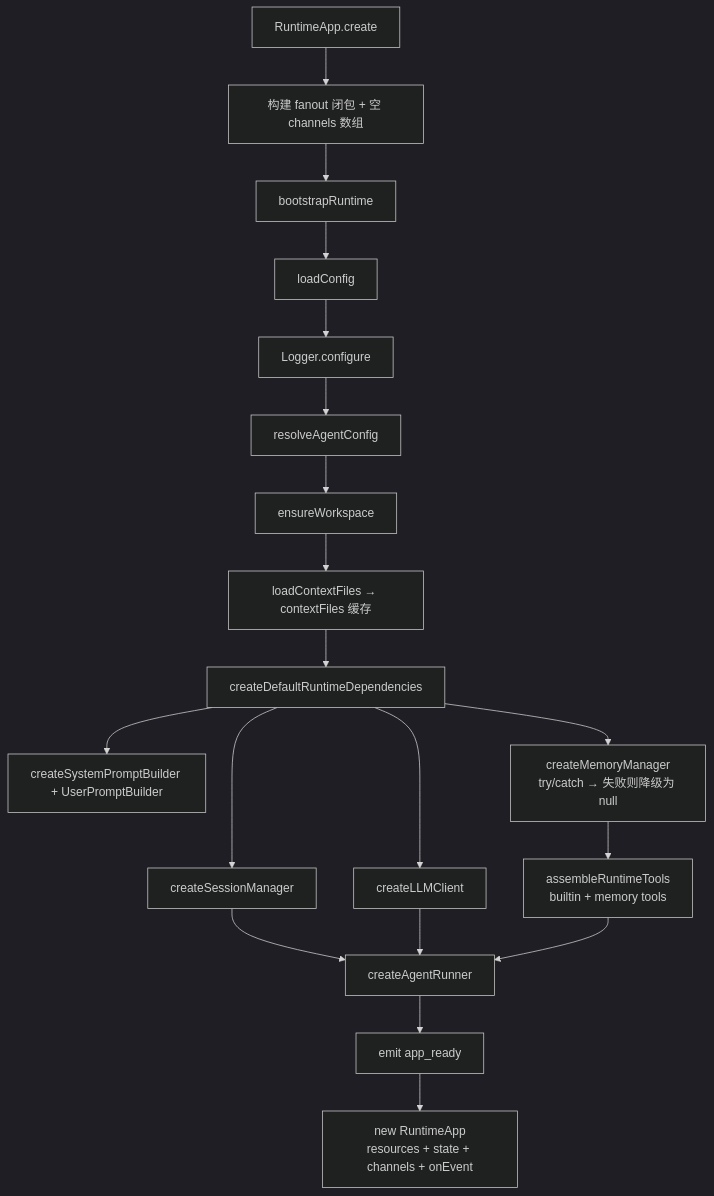
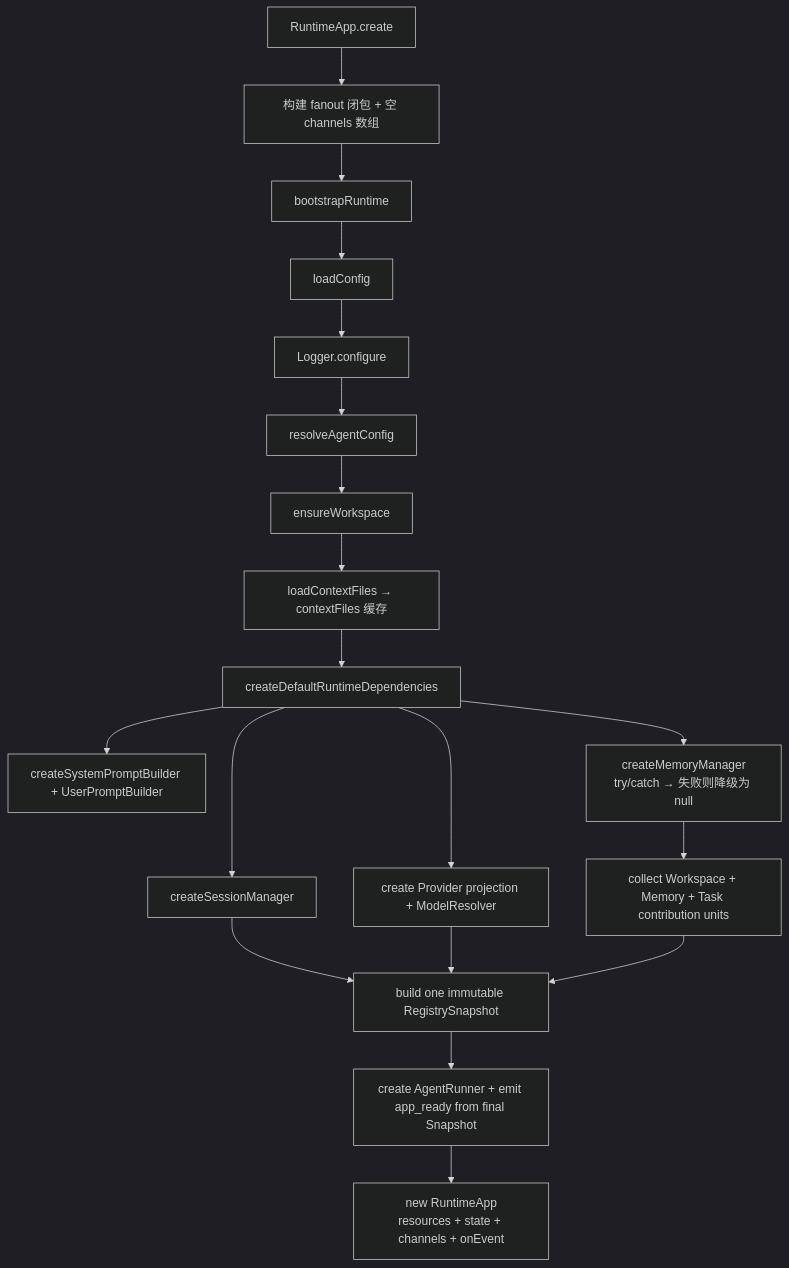
Before and after one commit to luciferwww/my-agent: the first of 5 diagrams in docs/architecture/current/runtime.md, drawn with Mermaid (dark theme). The commit also changed other lines of this file and 10 other files, not shown here.

````diff
--- a/docs/architecture/current/runtime.md
+++ b/docs/architecture/current/runtime.md
@@ -174,19 +174,19 @@
 ```mermaid
 flowchart TD
     A[RuntimeApp.create] --> B[构建 fanout 闭包 + 空 channels 数组]
     B --> C[bootstrapRuntime]
     C --> D[loadConfig]
     D --> E[Logger.configure]
     E --> F[resolveAgentConfig]
     F --> G[ensureWorkspace]
     G --> H[loadContextFiles → contextFiles 缓存]
     H --> I[createDefaultRuntimeDependencies]
     I --> J[createSessionManager]
-    I --> K[createLLMClient]
+    I --> K[create Provider projection + ModelResolver]
     I --> L[createSystemPromptBuilder + UserPromptBuilder]
     I --> M[createMemoryManager\ntry/catch → 失败则降级为 null]
-    M --> N[assembleRuntimeTools\nbuiltin + memory tools]
-    J & K & N --> O[createAgentRunner]
-    O --> P[emit app_ready]
+    M --> N[collect Workspace + Memory + Task contribution units]
+    J & K & N --> O[build one immutable RegistrySnapshot]
+    O --> P[create AgentRunner + emit app_ready from final Snapshot]
     P --> Q[new RuntimeApp\nresources + state + channels + onEvent]
 ```
````
